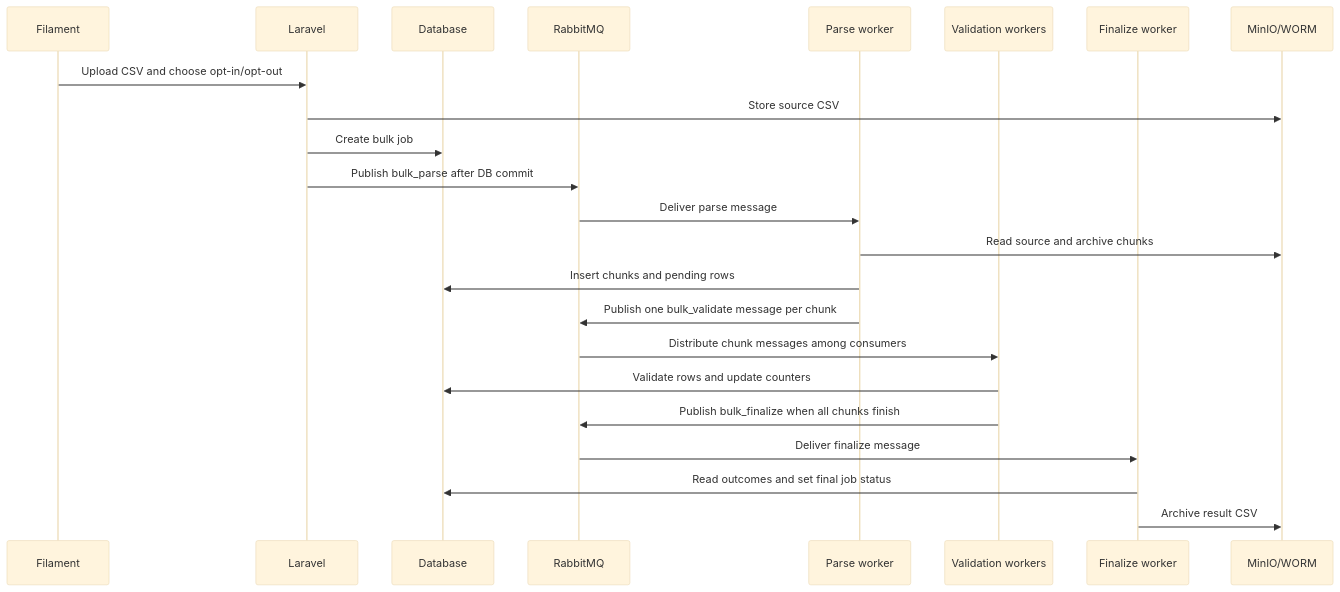
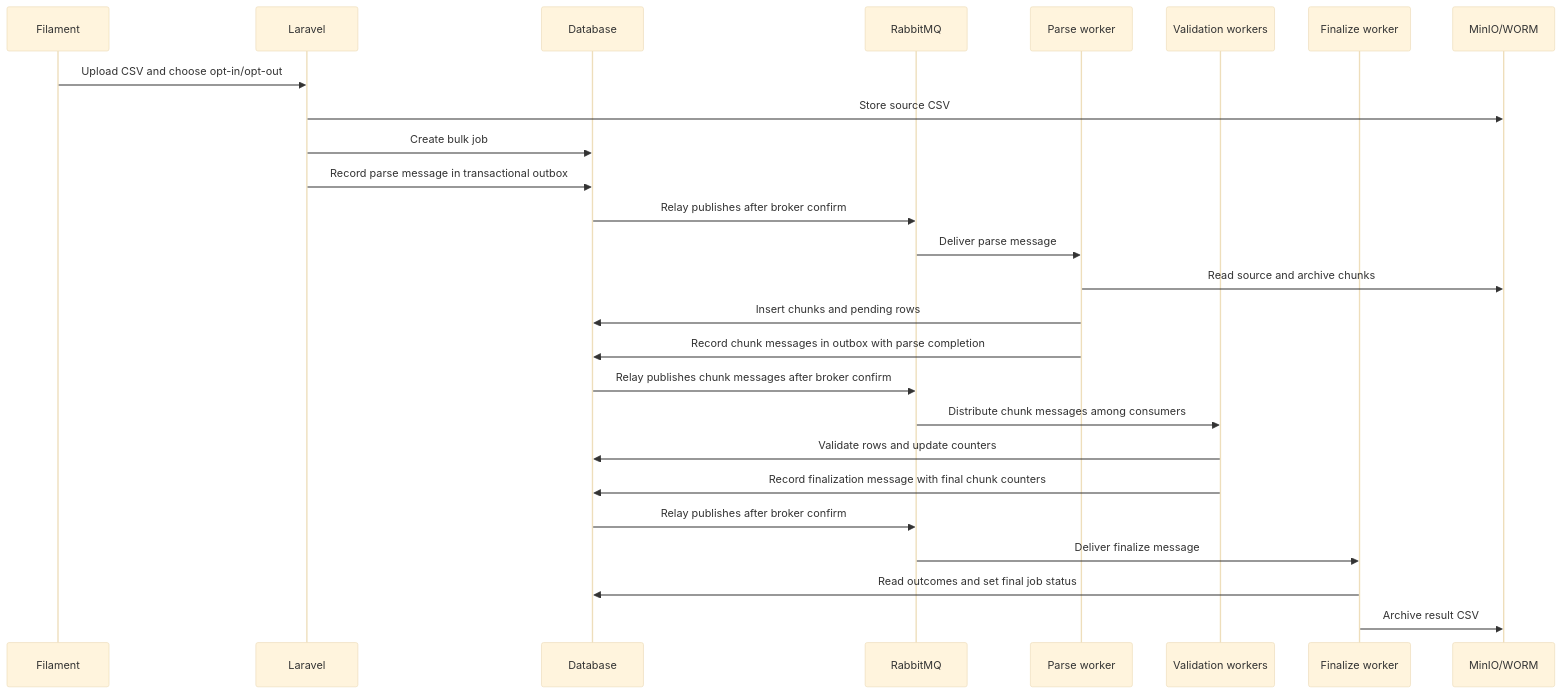
One commit to engyahmed7/bulk-consent-processing changed the second of 4 diagrams in README.md. Above: the diagram before and after it, drawn with Mermaid (base theme). The commit also changed other lines of this file and 169 other files, not shown here.

````diff
--- a/README.md
+++ b/README.md
@@ -36,26 +39,29 @@
 ```mermaid
 sequenceDiagram
     participant UI as Filament
     participant App as Laravel
     participant DB as Database
     participant MQ as RabbitMQ
     participant P as Parse worker
     participant V as Validation workers
     participant F as Finalize worker
     participant S as MinIO/WORM
 
     UI->>App: Upload CSV and choose opt-in/opt-out
     App->>S: Store source CSV
     App->>DB: Create bulk job
-    App->>MQ: Publish bulk_parse after DB commit
+    App->>DB: Record parse message in transactional outbox
+    DB->>MQ: Relay publishes after broker confirm
     MQ->>P: Deliver parse message
     P->>S: Read source and archive chunks
     P->>DB: Insert chunks and pending rows
-    P->>MQ: Publish one bulk_validate message per chunk
+    P->>DB: Record chunk messages in outbox with parse completion
+    DB->>MQ: Relay publishes chunk messages after broker confirm
     MQ->>V: Distribute chunk messages among consumers
     V->>DB: Validate rows and update counters
-    V->>MQ: Publish bulk_finalize when all chunks finish
+    V->>DB: Record finalization message with final chunk counters
+    DB->>MQ: Relay publishes after broker confirm
     MQ->>F: Deliver finalize message
     F->>DB: Read outcomes and set final job status
     F->>S: Archive result CSV
 ```
````
